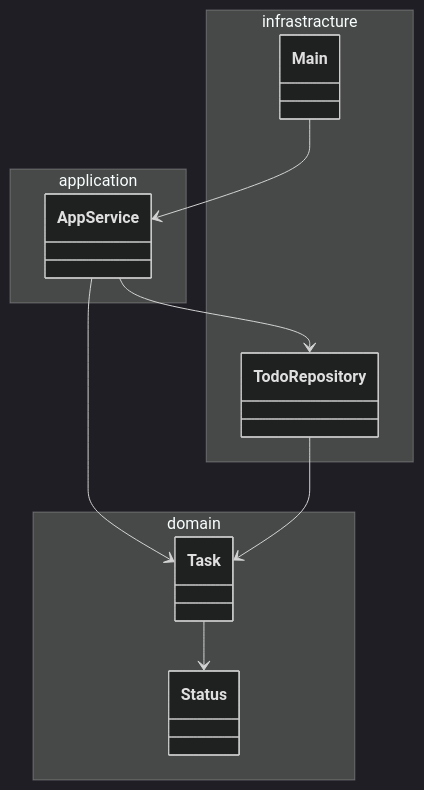
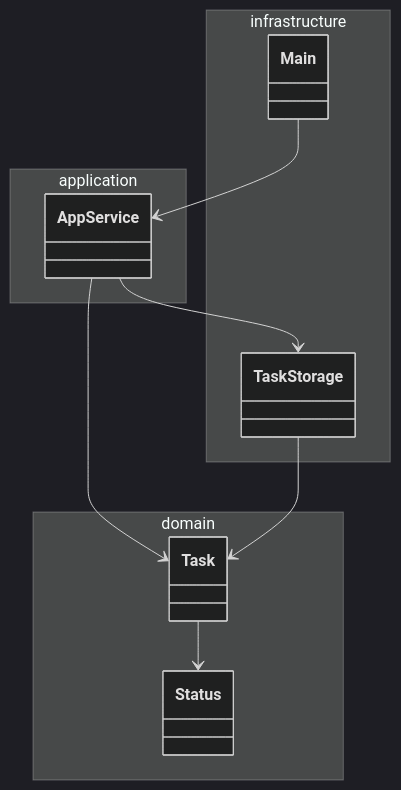
Before and after one commit to cyan515/dependency-inversion-principle-sample: the first of 2 diagrams in README.md, drawn with Mermaid (dark theme). The commit also changed other lines of this file, not shown here.

Commit message:
docs: fix class diagrams

````diff
--- a/README.md
+++ b/README.md
@@ -34,19 +34,19 @@
 ```mermaid
 classDiagram
-namespace infrastracture {
+namespace infrastructure {
   class Main
-  class TodoRepository
+  class TaskStorage
 }
 namespace application {
   class AppService
 }
 namespace domain {
   class Task
   class Status
 }
 AppService --> Task
-AppService --> TodoRepository
+AppService --> TaskStorage
 Main --> AppService
-TodoRepository --> Task
+TaskStorage --> Task
 Task --> Status
 ```
````
